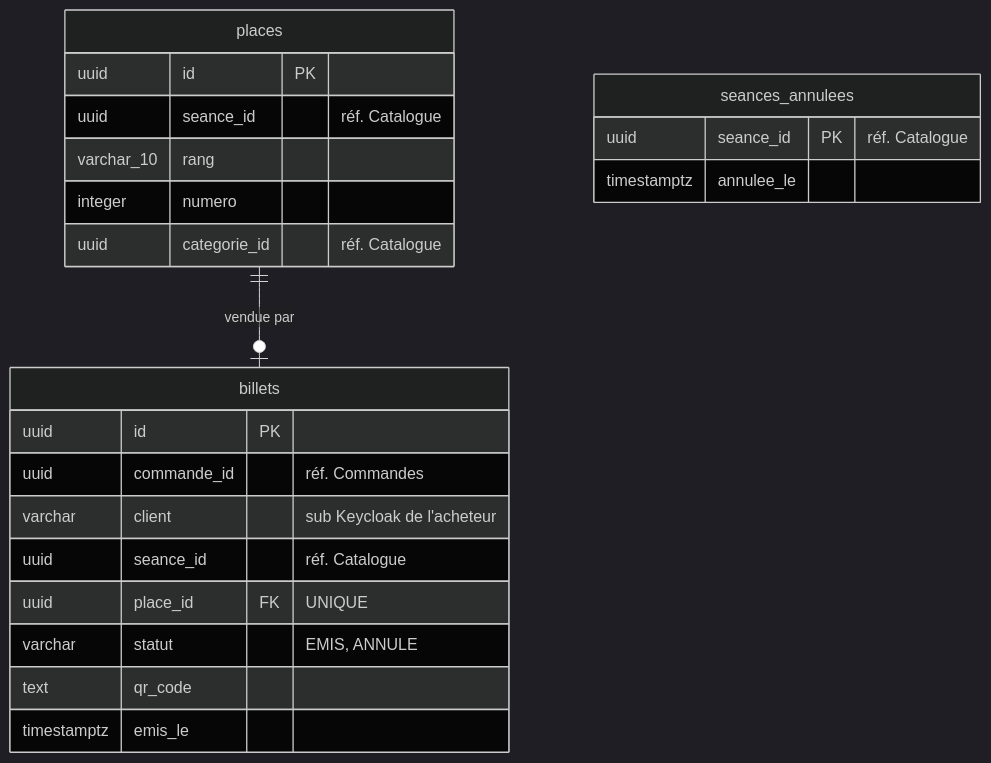
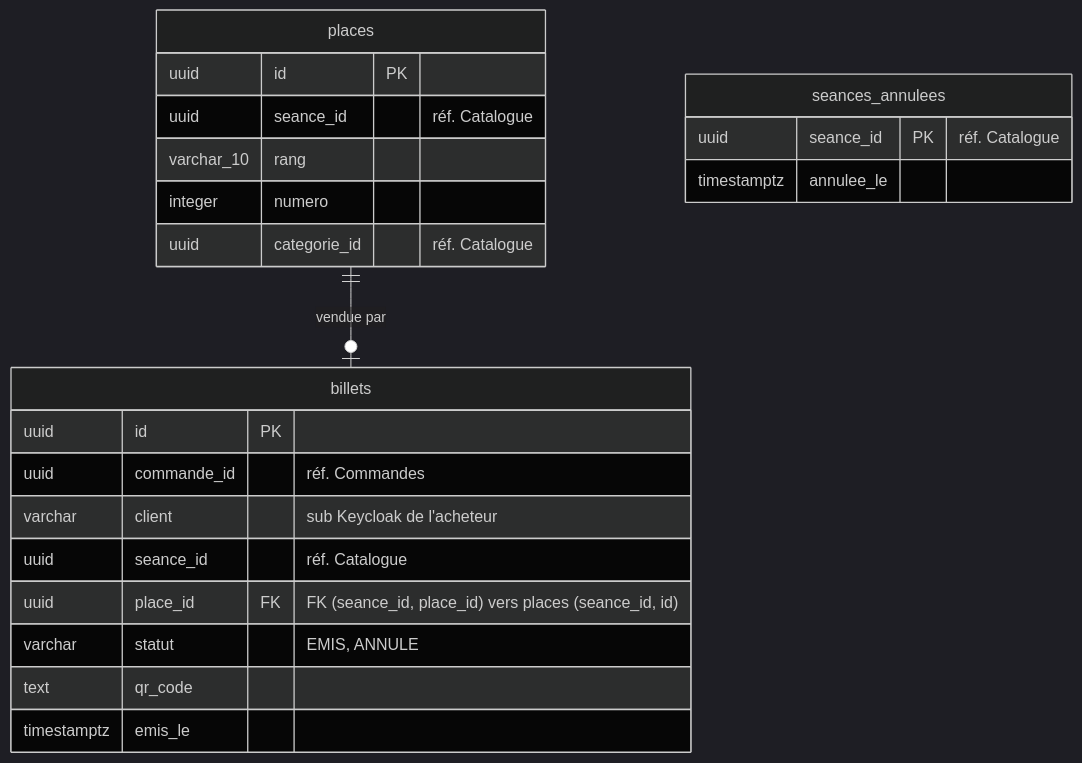
One commit to AGNE-Moussa/billetterie changed the second of 5 diagrams in docs/modele-donnees.md. Above: the diagram before and after it, drawn with Mermaid (dark theme). The commit also changed other lines of this file and 55 other files, not shown here.

````diff
--- a/docs/modele-donnees.md
+++ b/docs/modele-donnees.md
@@ -79,27 +79,27 @@
 ```mermaid
 erDiagram
   places ||--o| billets : "vendue par"
 
   seances_annulees {
     uuid seance_id PK "réf. Catalogue"
     timestamptz annulee_le
   }
 
   places {
     uuid id PK
     uuid seance_id "réf. Catalogue"
     varchar_10 rang
     integer numero
     uuid categorie_id "réf. Catalogue"
   }
   billets {
     uuid id PK
     uuid commande_id "réf. Commandes"
     varchar client "sub Keycloak de l'acheteur"
     uuid seance_id "réf. Catalogue"
-    uuid place_id FK "UNIQUE"
+    uuid place_id FK "FK (seance_id, place_id) vers places (seance_id, id)"
     varchar statut "EMIS, ANNULE"
     text qr_code
     timestamptz emis_le
   }
 ```
````
